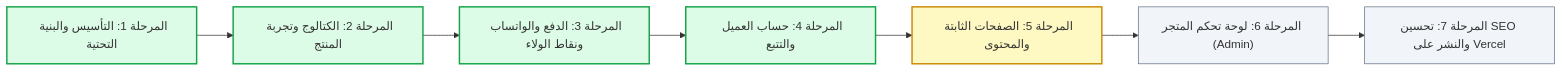
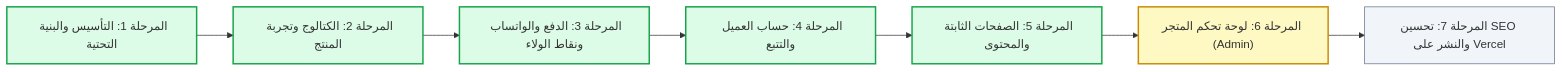
The diagram in docs/ROADMAP.md (SiRacem/VAYRO-STORE), drawn with Mermaid before and after one commit. The commit also changed other lines of this file, not shown here.

Commit message:
docs: mark phase 5 complete in roadmap

````diff
--- a/docs/ROADMAP.md
+++ b/docs/ROADMAP.md
@@ -11,17 +11,17 @@
 ```mermaid
 flowchart LR
     P1["المرحلة 1: التأسيس والبنية التحتية"] --> P2["المرحلة 2: الكتالوج وتجربة المنتج"]
     P2 --> P3["المرحلة 3: الدفع والواتساب ونقاط الولاء"]
     P3 --> P4["المرحلة 4: حساب العميل والتتبع"]
     P4 --> P5["المرحلة 5: الصفحات الثابتة والمحتوى"]
     P5 --> P6["المرحلة 6: لوحة تحكم المتجر (Admin)"]
     P6 --> P7["المرحلة 7: تحسين SEO والنشر على Vercel"]
     
     style P1 fill:#dcfce7,stroke:#16a34a,stroke-width:2px
     style P2 fill:#dcfce7,stroke:#16a34a,stroke-width:2px
     style P3 fill:#dcfce7,stroke:#16a34a,stroke-width:2px
     style P4 fill:#dcfce7,stroke:#16a34a,stroke-width:2px
-    style P5 fill:#fef9c3,stroke:#ca8a04,stroke-width:2px
-    style P6 fill:#f1f5f9,stroke:#64748b,stroke-width:1px
+    style P5 fill:#dcfce7,stroke:#16a34a,stroke-width:2px
+    style P6 fill:#fef9c3,stroke:#ca8a04,stroke-width:2px
     style P7 fill:#f1f5f9,stroke:#64748b,stroke-width:1px
 ```
````
